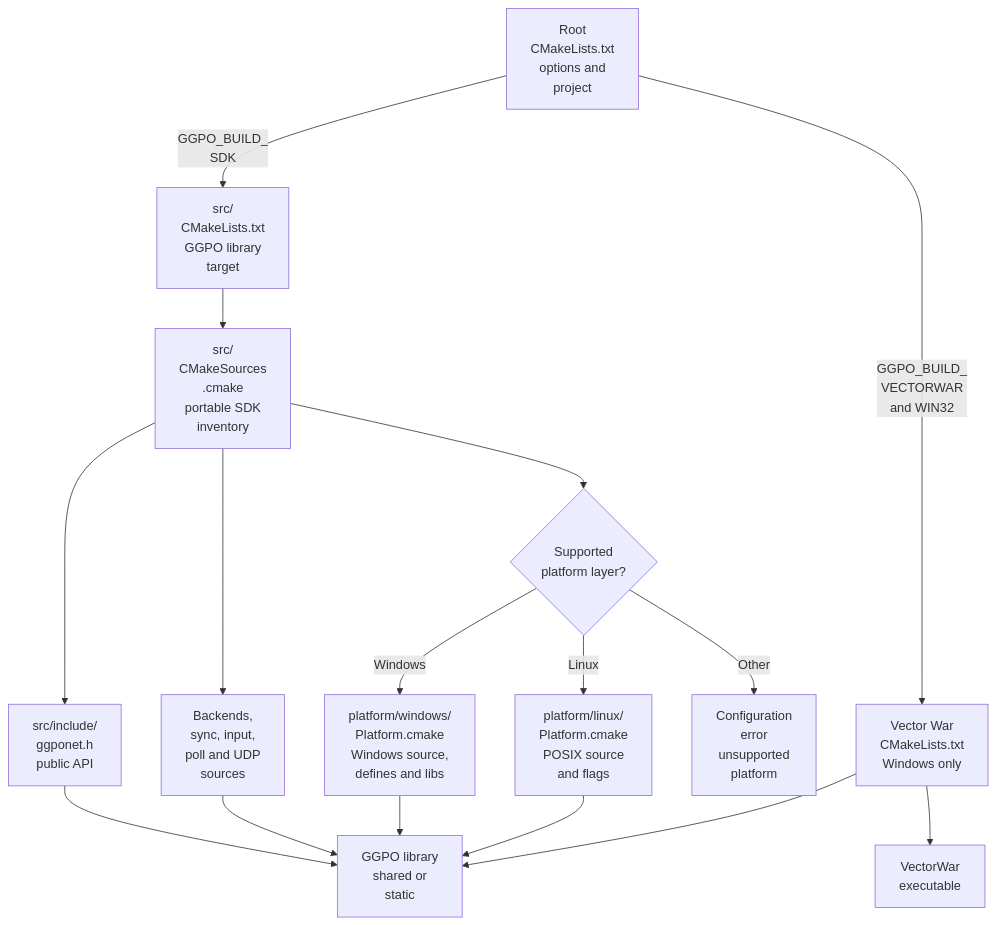
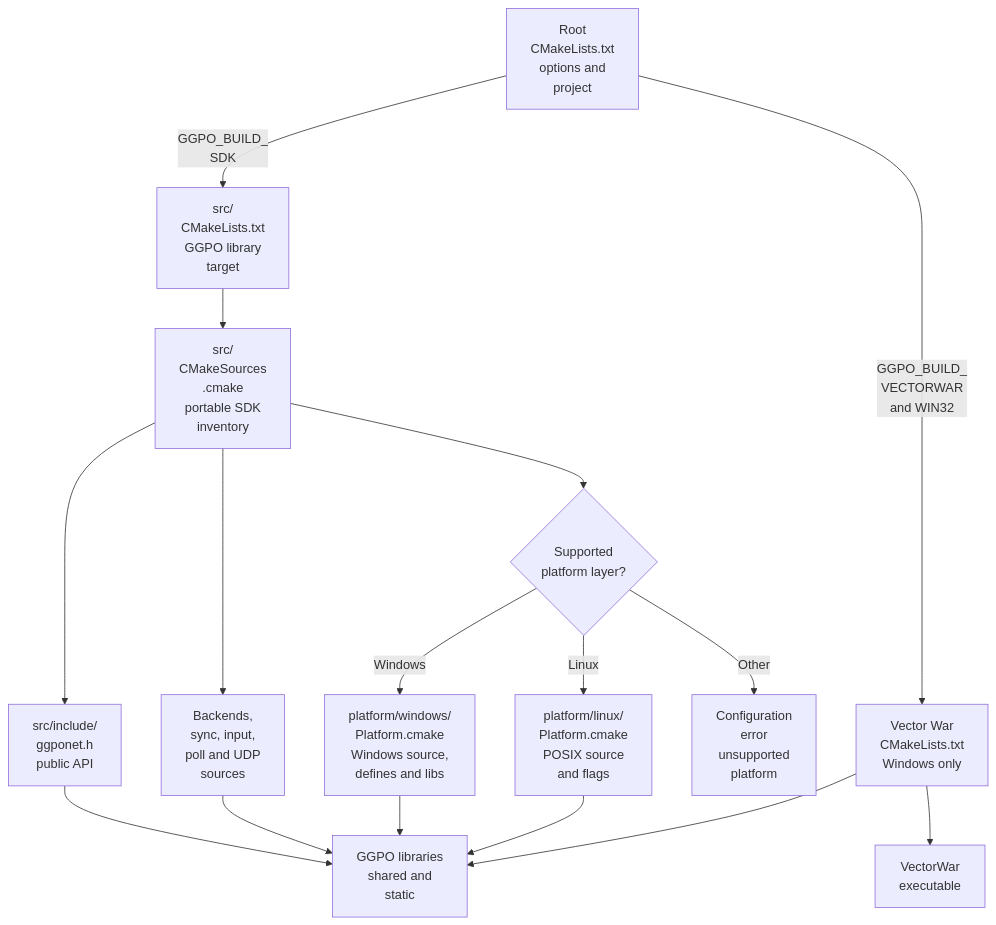
Before and after one commit to irregularthanis/ggpo-next: the diagram in doc/architecture/Build.md, drawn with Mermaid. The commit also changed other lines of this file and 3 other files, not shown here.

````diff
--- a/doc/architecture/Build.md
+++ b/doc/architecture/Build.md
@@ -29,31 +29,31 @@
 ```mermaid
 flowchart TD
     Root["Root<br/>CMakeLists.txt<br/>options and<br/>project"]
     SDKList["src/<br/>CMakeLists.txt<br/>GGPO library<br/>target"]
     Sources["src/<br/>CMakeSources<br/>.cmake<br/>portable SDK<br/>inventory"]
     Public["src/include/<br/>ggponet.h<br/>public API"]
     Core["Backends,<br/>sync, input,<br/>poll and UDP<br/>sources"]
     Platform{"Supported<br/>platform layer?"}
     Windows["platform/windows/<br/>Platform.cmake<br/>Windows source,<br/>defines and libs"]
     Linux["platform/linux/<br/>Platform.cmake<br/>POSIX source<br/>and flags"]
     Unsupported["Configuration<br/>error<br/>unsupported<br/>platform"]
-    Library["GGPO library<br/>shared or<br/>static"]
+    Library["GGPO libraries<br/>shared and<br/>static"]
     SampleList["Vector War<br/>CMakeLists.txt<br/>Windows only"]
     Sample["VectorWar<br/>executable"]
 
     Root -->|"GGPO_BUILD_<br/>SDK"| SDKList
     SDKList --> Sources
     Sources --> Public
     Sources --> Core
     Sources --> Platform
     Platform -->|"Windows"| Windows
     Platform -->|"Linux"| Linux
     Platform -->|"Other"| Unsupported
     Public --> Library
     Core --> Library
     Windows --> Library
     Linux --> Library
     Root -->|"GGPO_BUILD_<br/>VECTORWAR<br/>and WIN32"| SampleList
     SampleList --> Library
     SampleList --> Sample
 ```
````
